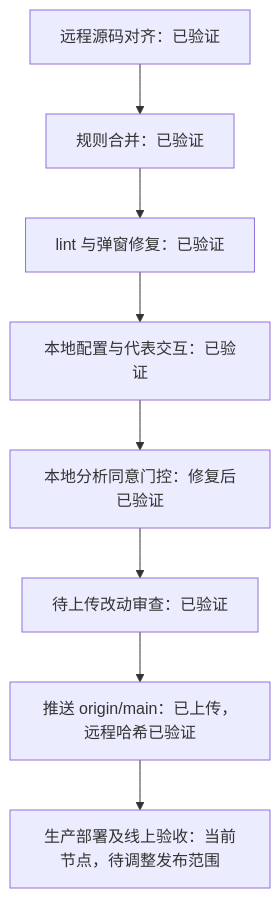
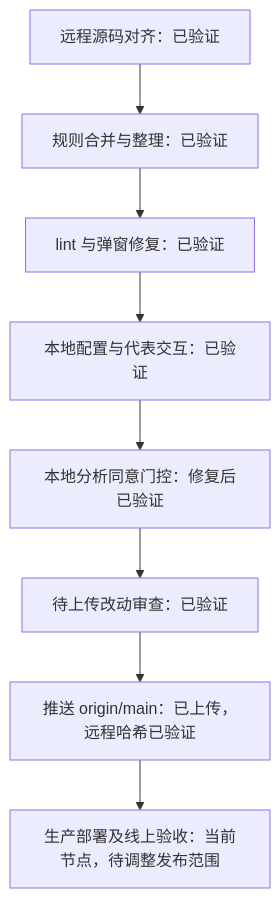
Before and after one commit to forfunly/seineshop: the diagram in docs/project-progress.md, drawn with Mermaid. The commit also changed other lines of this file and 12 other files, not shown here.

````diff
--- a/docs/project-progress.md
+++ b/docs/project-progress.md
@@ -11,10 +21,10 @@
 ```mermaid
 flowchart TD
-    A[远程源码对齐：已验证] --> B[规则合并：已验证]
+    A[远程源码对齐：已验证] --> B[规则合并与整理：已验证]
     B --> C[lint 与弹窗修复：已验证]
     C --> D[本地配置与代表交互：已验证]
     D --> G[本地分析同意门控：修复后已验证]
     G --> R[待上传改动审查：已验证]
     R --> E[推送 origin/main：已上传，远程哈希已验证]
     E --> F[生产部署及线上验收：当前节点，待调整发布范围]
 ```
````
